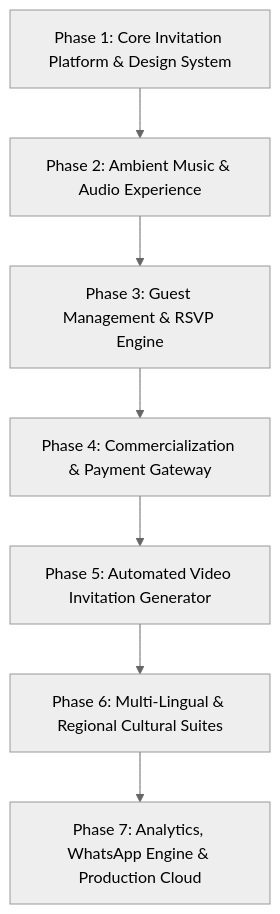
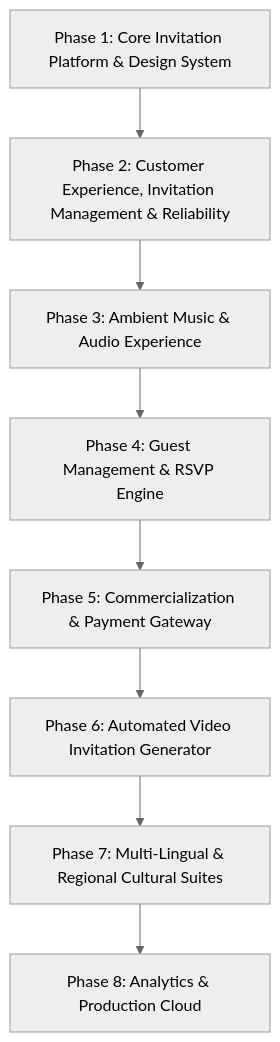
One commit to Jatinverma2612/shaadivibe changed the diagram in DOCS/ROADMAP.md. Above: the diagram before and after it, drawn with Mermaid (neutral theme). The commit also changed other lines of this file and 26 other files, not shown here.

Commit message:
feat(phase-2): complete customer authentication, persistent drafts, dashboard, and security validation

````diff
--- a/DOCS/ROADMAP.md
+++ b/DOCS/ROADMAP.md
@@ -11,9 +11,10 @@
 ```mermaid
 graph TD
-    P1[Phase 1: Core Invitation Platform & Design System] --> P2[Phase 2: Ambient Music & Audio Experience]
-    P2 --> P3[Phase 3: Guest Management & RSVP Engine]
-    P3 --> P4[Phase 4: Commercialization & Payment Gateway]
-    P4 --> P5[Phase 5: Automated Video Invitation Generator]
-    P5 --> P6[Phase 6: Multi-Lingual & Regional Cultural Suites]
-    P6 --> P7[Phase 7: Analytics, WhatsApp Engine & Production Cloud]
+    P1[Phase 1: Core Invitation Platform & Design System] --> P2[Phase 2: Customer Experience, Invitation Management & Reliability]
+    P2 --> P3[Phase 3: Ambient Music & Audio Experience]
+    P3 --> P4[Phase 4: Guest Management & RSVP Engine]
+    P4 --> P5[Phase 5: Commercialization & Payment Gateway]
+    P5 --> P6[Phase 6: Automated Video Invitation Generator]
+    P6 --> P7[Phase 7: Multi-Lingual & Regional Cultural Suites]
+    P7 --> P8[Phase 8: Analytics & Production Cloud]
 ```
````
